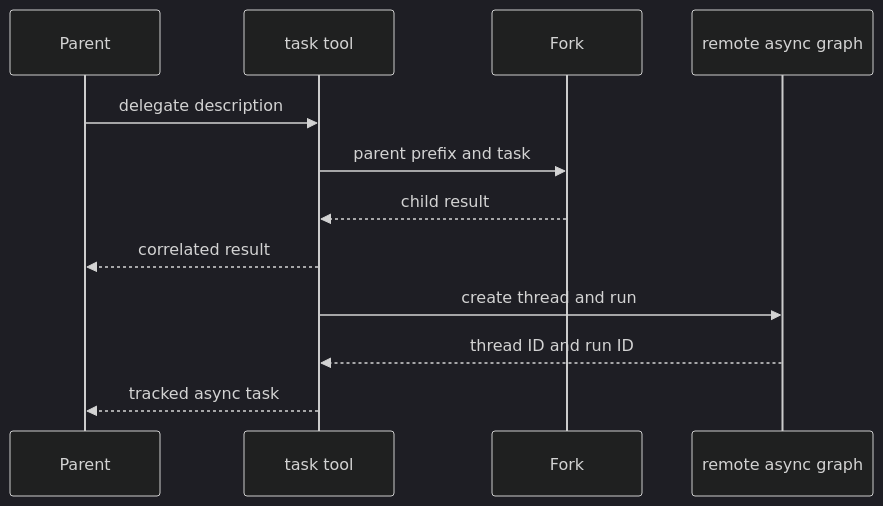
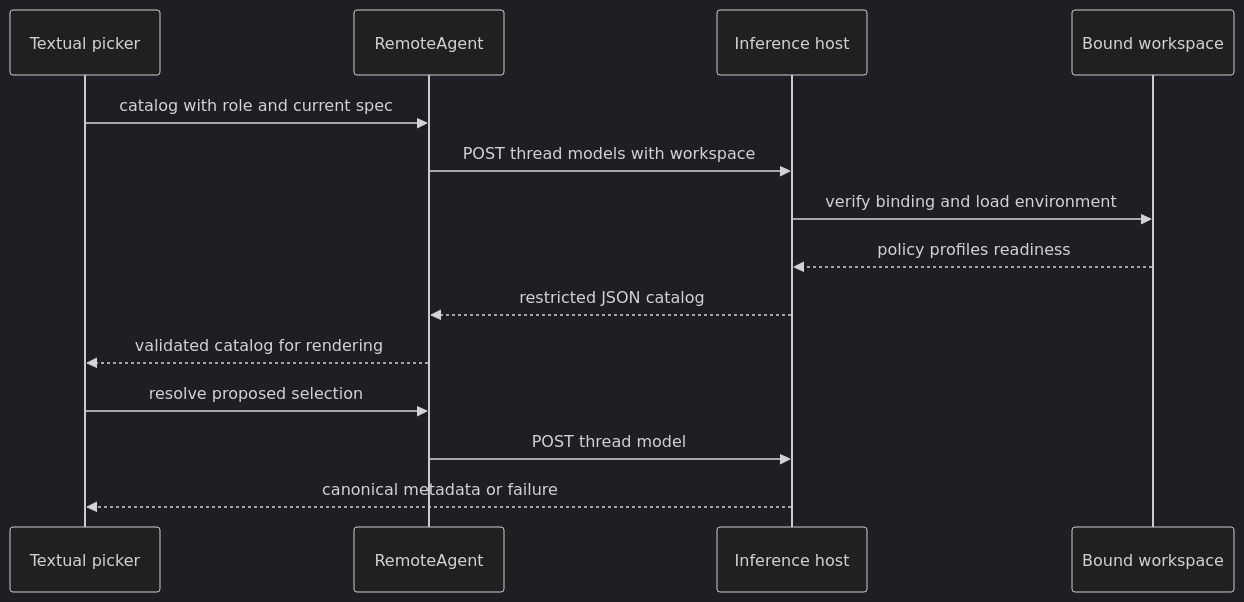
The diagram in openwiki/testing/testing-guide.md (langchain-ai/deepagents), drawn with Mermaid (dark theme) before and after one commit. The commit also changed other lines of this file and 14 other files, not shown here.

````diff
--- a/openwiki/testing/testing-guide.md
+++ b/openwiki/testing/testing-guide.md
@@ -93,14 +62,16 @@
 ```mermaid
 sequenceDiagram
-    participant Parent
-    participant Task as task tool
-    participant Fork
-    participant Remote as remote async graph
-    Parent->>Task: delegate description
-    Task->>Fork: parent prefix and task
-    Fork-->>Task: child result
-    Task-->>Parent: correlated result
-    Task->>Remote: create thread and run
-    Remote-->>Task: thread ID and run ID
-    Task-->>Parent: tracked async task
+    participant Picker as Textual picker
+    participant Client as RemoteAgent
+    participant Host as Inference host
+    participant Workspace as Bound workspace
+    Picker->>Client: catalog with role and current spec
+    Client->>Host: POST thread models with workspace
+    Host->>Workspace: verify binding and load environment
+    Workspace-->>Host: policy profiles readiness
+    Host-->>Client: restricted JSON catalog
+    Client-->>Picker: validated catalog for rendering
+    Picker->>Client: resolve proposed selection
+    Client->>Host: POST thread model
+    Host-->>Picker: canonical metadata or failure
 ```
````
